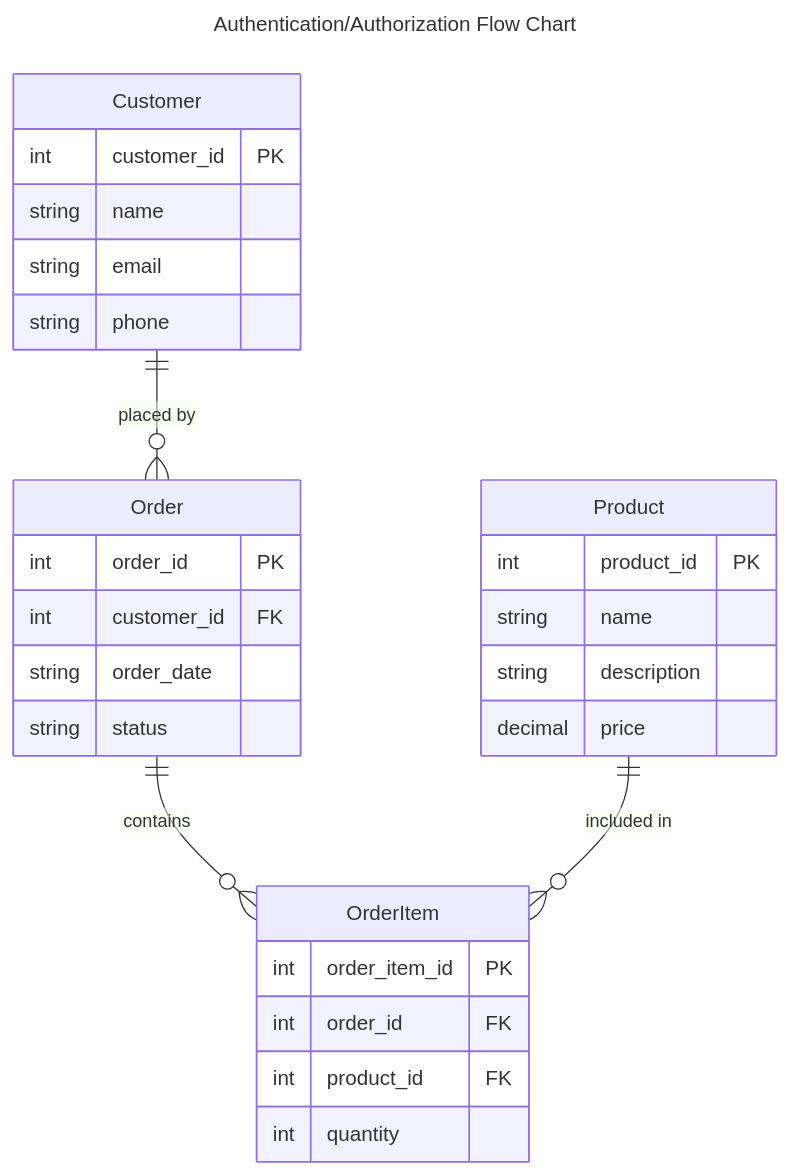
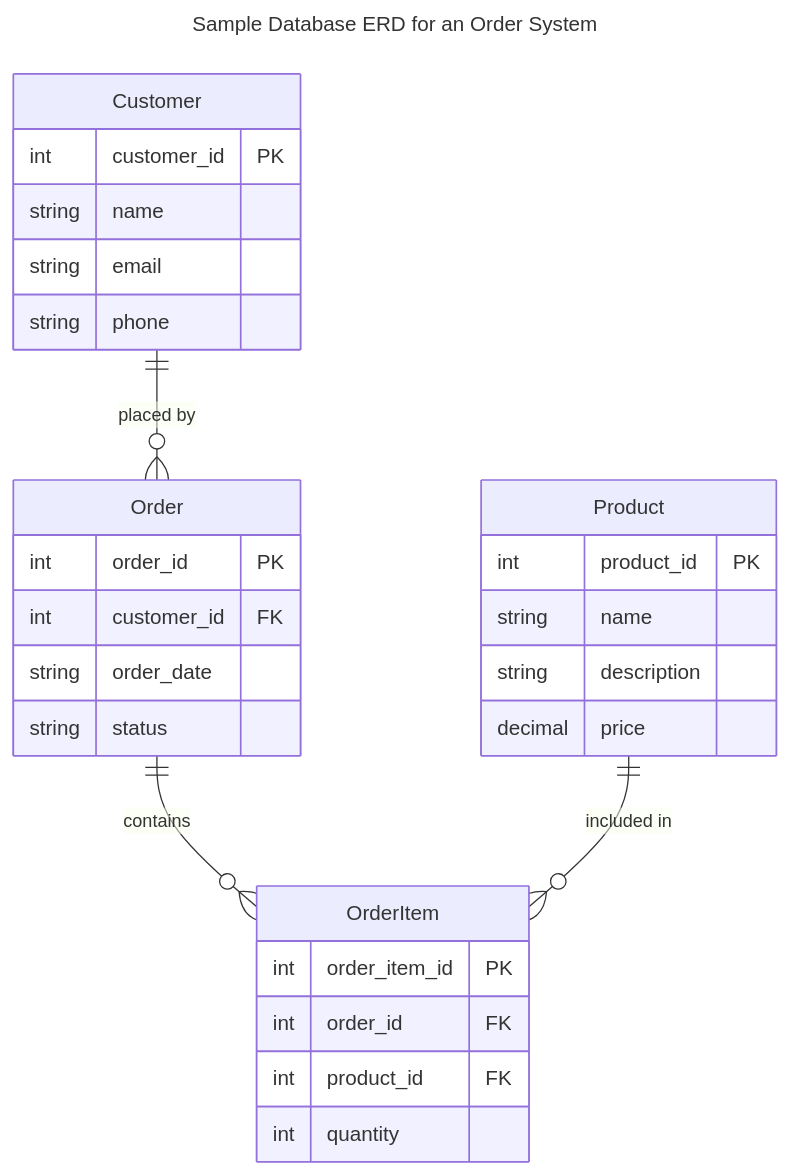
The second of 6 diagrams in README.md (CoryOr/boggle-woggle), drawn with Mermaid before and after one commit.

````diff
--- a/README.md
+++ b/README.md
@@ -46,37 +46,37 @@
 ```mermaid
 ---
-title: Authentication/Authorization Flow Chart
+title: Sample Database ERD for an Order System
 ---
 erDiagram
     Customer ||--o{ Order : "placed by"
     Order ||--o{ OrderItem : "contains"
     Product ||--o{ OrderItem : "included in"
 
     Customer {
         int customer_id PK
         string name
         string email
         string phone
     }
 
     Order {
         int order_id PK
         int customer_id FK
         string order_date
         string status
     }
 
     Product {
         int product_id PK
         string name
         string description
         decimal price
     }
 
     OrderItem {
         int order_item_id PK
         int order_id FK
         int product_id FK
         int quantity
     }
 ```
````
